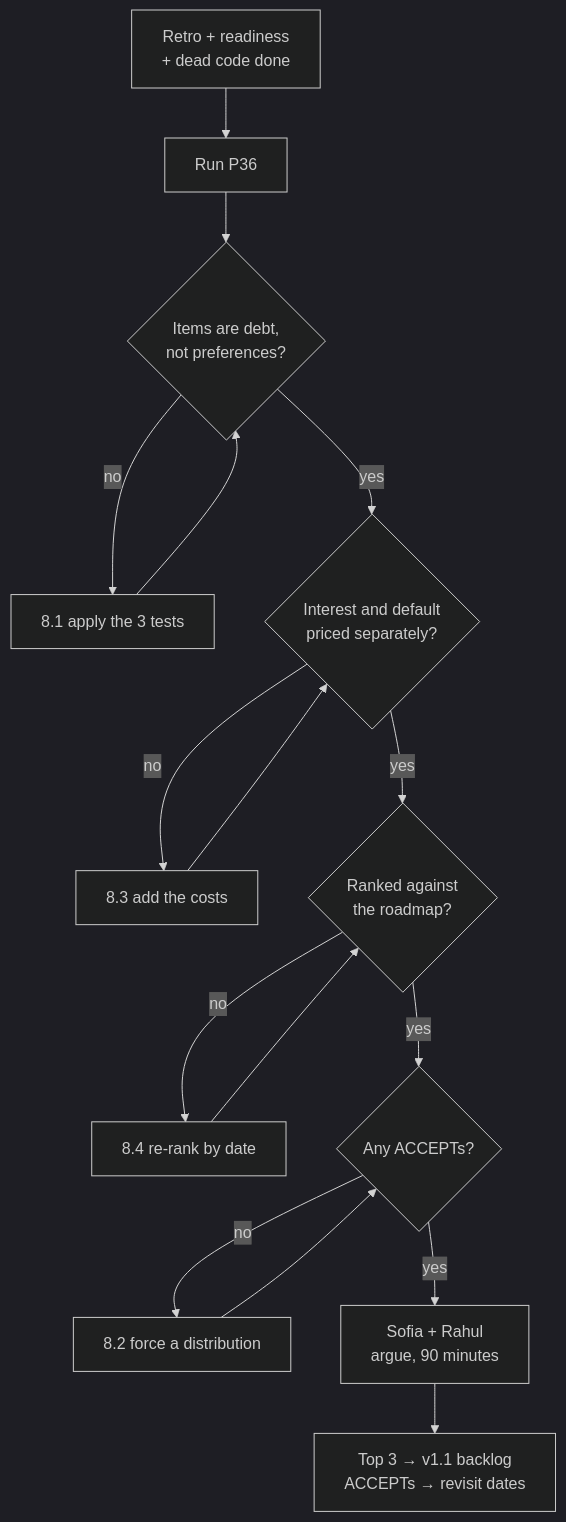
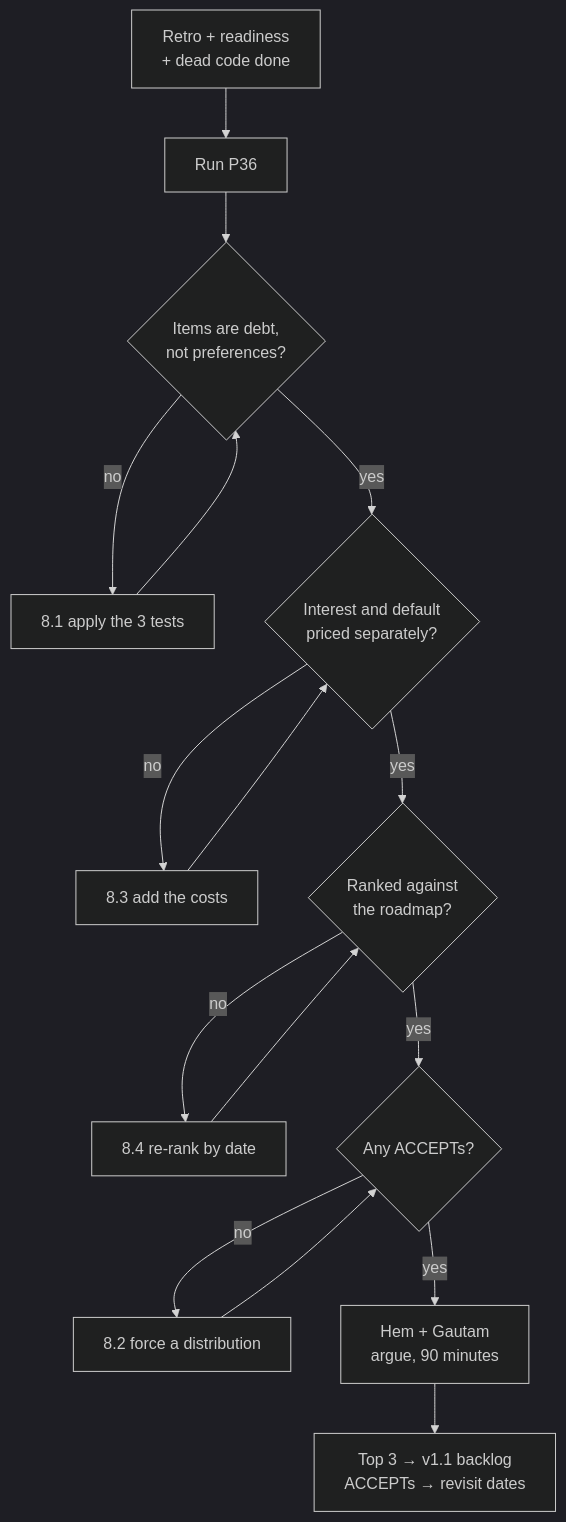
One commit to hemsingh81/learning-system-designs changed the diagram in AI-Agile-Development/AI-Prompts-Library/phase-8-improve/P36-tech-debt-triage.md. Above: the diagram before and after it, drawn with Mermaid (dark theme). The commit also changed other lines of this file and 99 other files, not shown here.

````diff
--- a/AI-Agile-Development/AI-Prompts-Library/phase-8-improve/P36-tech-debt-triage.md
+++ b/AI-Agile-Development/AI-Prompts-Library/phase-8-improve/P36-tech-debt-triage.md
@@ -739,18 +739,18 @@
 ```mermaid
 flowchart TD
     A[Retro + readiness<br/>+ dead code done] --> B[Run P36]
     B --> C{Items are debt,<br/>not preferences?}
     C -- no --> D[8.1 apply the 3 tests]
     D --> C
     C -- yes --> E{Interest and default<br/>priced separately?}
     E -- no --> F[8.3 add the costs]
     F --> E
     E -- yes --> G{Ranked against<br/>the roadmap?}
     G -- no --> H[8.4 re-rank by date]
     H --> G
     G -- yes --> I{Any ACCEPTs?}
     I -- no --> J[8.2 force a distribution]
     J --> I
-    I -- yes --> K[Sofia + Rahul<br/>argue, 90 minutes]
+    I -- yes --> K[Hem + Gautam<br/>argue, 90 minutes]
     K --> L[Top 3 → v1.1 backlog<br/>ACCEPTs → revisit dates]
 ```
````
